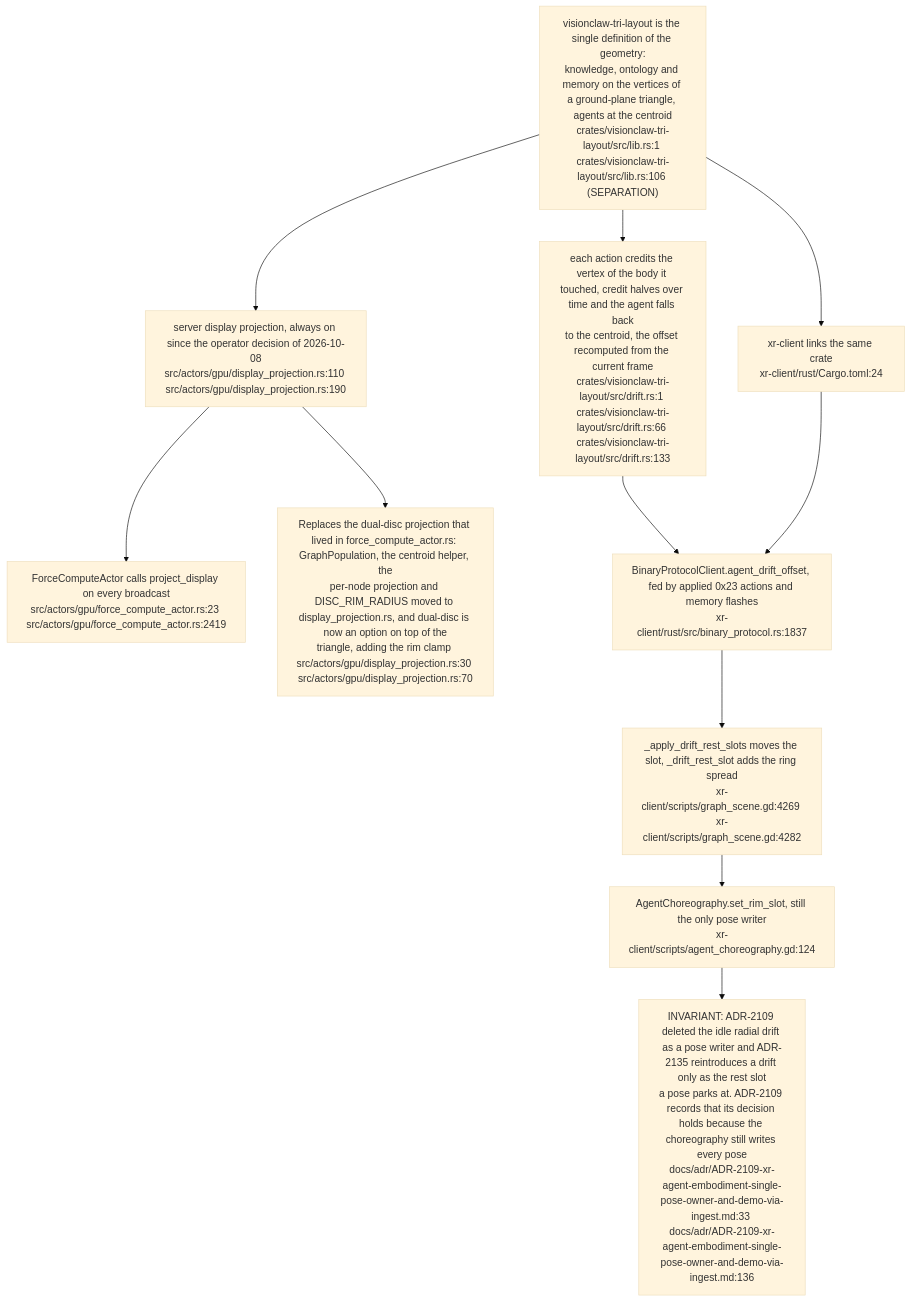
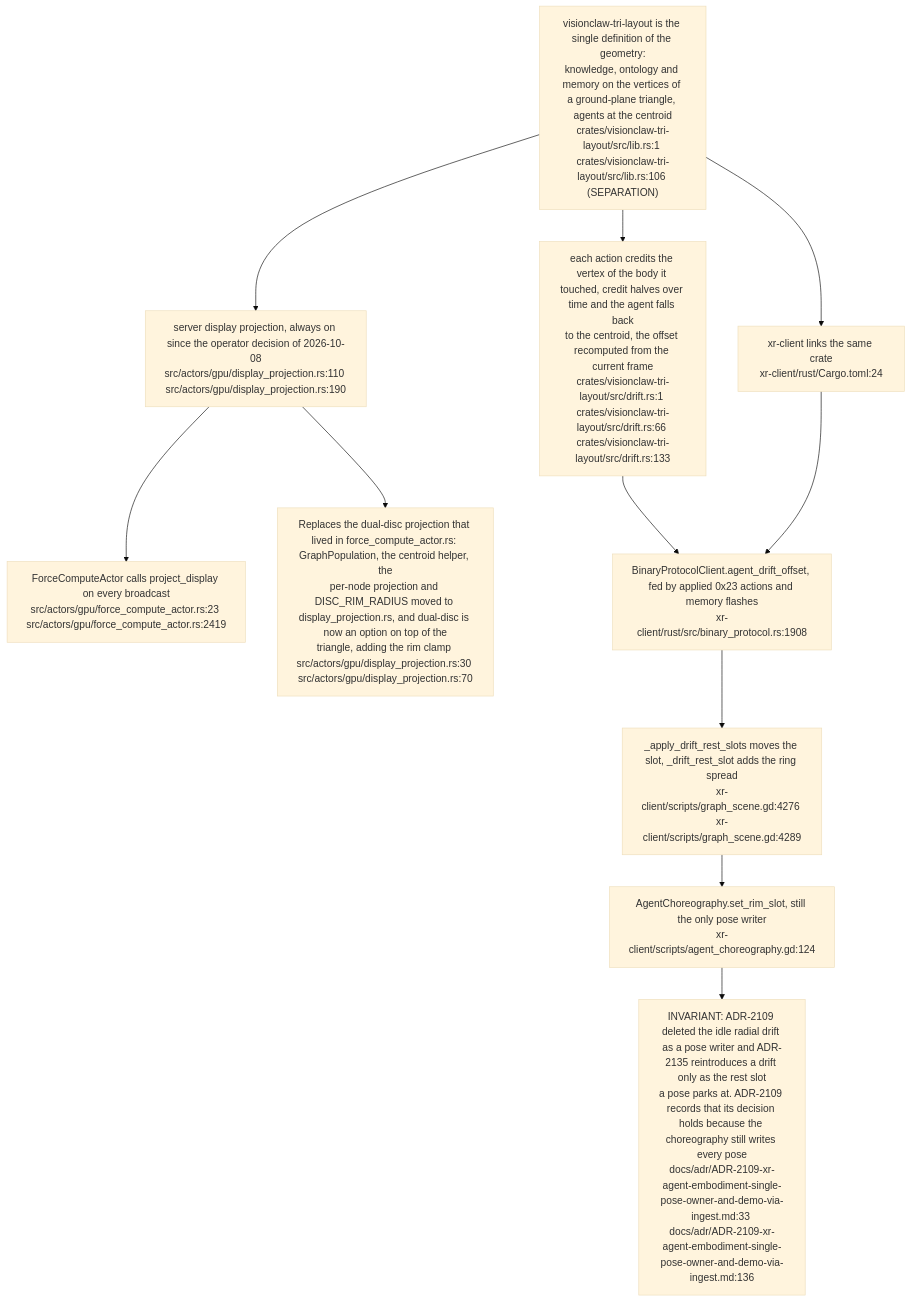
Before and after one commit to DreamLab-AI/VisionFlow: diagram 25 of 30 in docs/diagrams/visionclaw/36-godot-xr-client.md, drawn with Mermaid (base theme). The commit also changed other lines of this file and 24 other files, not shown here.

Commit message:
docs: align XR liveness, filtering and rendering diagrams (#33)

````diff
--- a/docs/diagrams/visionclaw/36-godot-xr-client.md
+++ b/docs/diagrams/visionclaw/36-godot-xr-client.md
@@ -1290,21 +1305,21 @@
 ```mermaid
 flowchart TB
     TRI["visionclaw-tri-layout is the single definition of the geometry:<br/>knowledge, ontology and memory on the vertices of a ground-plane triangle, agents at the centroid<br/>crates/visionclaw-tri-layout/src/lib.rs:1 crates/visionclaw-tri-layout/src/lib.rs:106 (SEPARATION)"]
     SRV["server display projection, always on since the operator decision of 2026-10-08<br/>src/actors/gpu/display_projection.rs:110 src/actors/gpu/display_projection.rs:190"]
     FCA["ForceComputeActor calls project_display on every broadcast<br/>src/actors/gpu/force_compute_actor.rs:23 src/actors/gpu/force_compute_actor.rs:2419"]
     DRIFT["each action credits the vertex of the body it touched, credit halves over time and the agent falls back<br/>to the centroid, the offset recomputed from the current frame<br/>crates/visionclaw-tri-layout/src/drift.rs:1 crates/visionclaw-tri-layout/src/drift.rs:66 crates/visionclaw-tri-layout/src/drift.rs:133"]
     CLI["xr-client links the same crate<br/>xr-client/rust/Cargo.toml:24"]
-    BPC["BinaryProtocolClient.agent_drift_offset, fed by applied 0x23 actions and memory flashes<br/>xr-client/rust/src/binary_protocol.rs:1837"]
-    SLOT["_apply_drift_rest_slots moves the slot, _drift_rest_slot adds the ring spread<br/>xr-client/scripts/graph_scene.gd:4269 xr-client/scripts/graph_scene.gd:4282"]
+    BPC["BinaryProtocolClient.agent_drift_offset, fed by applied 0x23 actions and memory flashes<br/>xr-client/rust/src/binary_protocol.rs:1908"]
+    SLOT["_apply_drift_rest_slots moves the slot, _drift_rest_slot adds the ring spread<br/>xr-client/scripts/graph_scene.gd:4276 xr-client/scripts/graph_scene.gd:4289"]
     CH["AgentChoreography.set_rim_slot, still the only pose writer<br/>xr-client/scripts/agent_choreography.gd:124"]
 
     TRI --> SRV --> FCA
     TRI --> DRIFT
     TRI --> CLI --> BPC
     DRIFT --> BPC --> SLOT --> CH
 
     N1["Replaces the dual-disc projection that lived in force_compute_actor.rs: GraphPopulation, the centroid helper, the<br/>per-node projection and DISC_RIM_RADIUS moved to display_projection.rs, and dual-disc is now an option on top of the<br/>triangle, adding the rim clamp src/actors/gpu/display_projection.rs:30 src/actors/gpu/display_projection.rs:70"]
     N2["INVARIANT: ADR-2109 deleted the idle radial drift as a pose writer and ADR-2135 reintroduces a drift only as the rest slot<br/>a pose parks at. ADR-2109 records that its decision holds because the choreography still writes every pose<br/>docs/adr/ADR-2109-xr-agent-embodiment-single-pose-owner-and-demo-via-ingest.md:33 docs/adr/ADR-2109-xr-agent-embodiment-single-pose-owner-and-demo-via-ingest.md:136"]
     CH --> N2
     SRV --> N1
 ```
````
